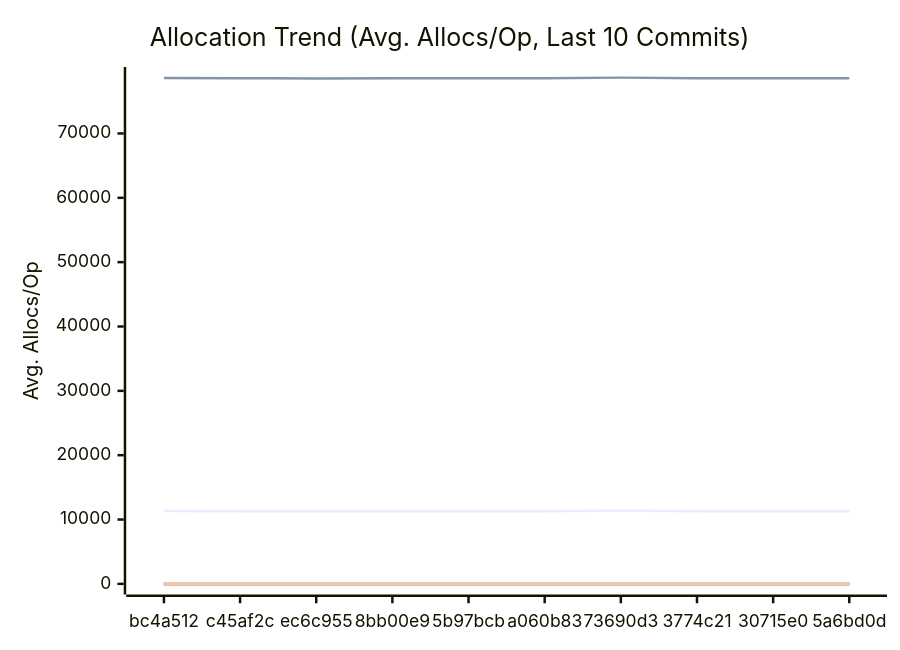
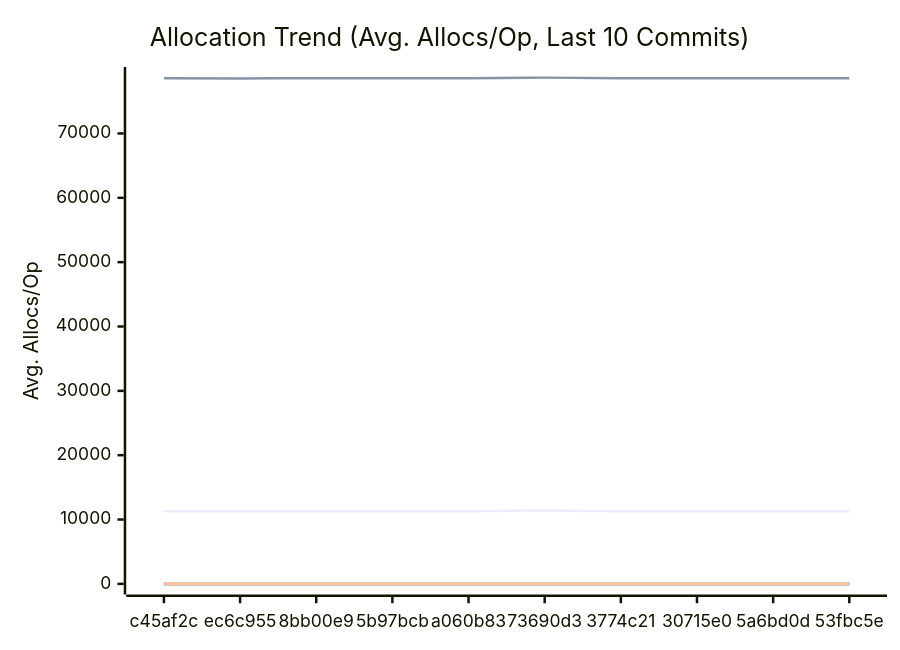
One commit to alsotoes/momo changed the third of 3 diagrams in docs/PERFORMANCE.md. Above: the diagram before and after it, drawn with Mermaid. The commit also changed other lines of this file and 10 other files, not shown here.

````diff
--- a/docs/PERFORMANCE.md
+++ b/docs/PERFORMANCE.md
@@ -197,20 +197,20 @@
 ```mermaid
 xychart-beta
     title "Allocation Trend (Avg. Allocs/Op, Last 10 Commits)"
     x-axis "Commit"
     y-axis "Avg. Allocs/Op"
-    x-axis [bc4a512,c45af2c,ec6c955,8bb00e9,5b97bcb,a060b83,73690d3,3774c21,30715e0,5a6bd0d]
-    line "AWSChunkedReaderSigned" [11329,11303,11273,11278,11291,11291,11422,11290,11296,11293]
-    line "AWSChunkedReaderUnsigned" [78609,78592,78561,78567,78580,78580,78679,78587,78563,78569]
+    x-axis [c45af2c,ec6c955,8bb00e9,5b97bcb,a060b83,73690d3,3774c21,30715e0,5a6bd0d,53fbc5e]
+    line "AWSChunkedReaderSigned" [11303,11273,11278,11291,11291,11422,11290,11296,11293,11281]
+    line "AWSChunkedReaderUnsigned" [78592,78561,78567,78580,78580,78679,78587,78563,78569,78577]
     line "CheckMetricsAndSwap" [0,0,0,0,0,0,0,0,0,0]
     line "CrushOptimized" [0,0,0,0,0,0,0,0,0,0]
     line "CrushOriginal" [3,3,3,3,3,3,3,3,3,3]
     line "IndexDirectTracking" [0,0,0,0,0,0,0,0,0,0]
     line "IndexSearch" [0,0,0,0,0,0,0,0,0,0]
-    line "LoadGlobalConfig" [46,46,46,46,46,46,46,50,54,54]
+    line "LoadGlobalConfig" [46,46,46,46,46,46,50,54,54,54]
     line "PadString" [1,1,1,1,1,1,1,1,1,1]
     line "ParseReplicationOrder_NoPrealloc" [6,6,6,6,6,5,5,5,5,5]
     line "ParseReplicationOrder_Prealloc" [2,2,2,2,2,1,1,1,1,1]
     line "SanitizeLog/Safe" [0,0,0,0,0,0,0,0,0,0]
     line "SanitizeLog/Unsafe" [1,1,1,1,1,1,1,1,1,1]
 ```
````
